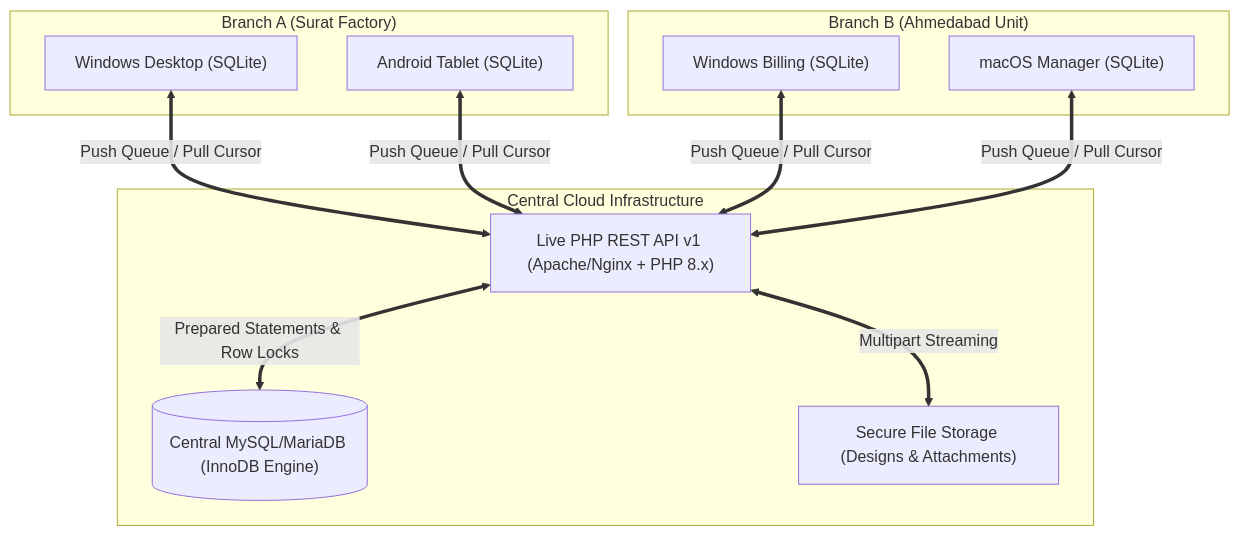
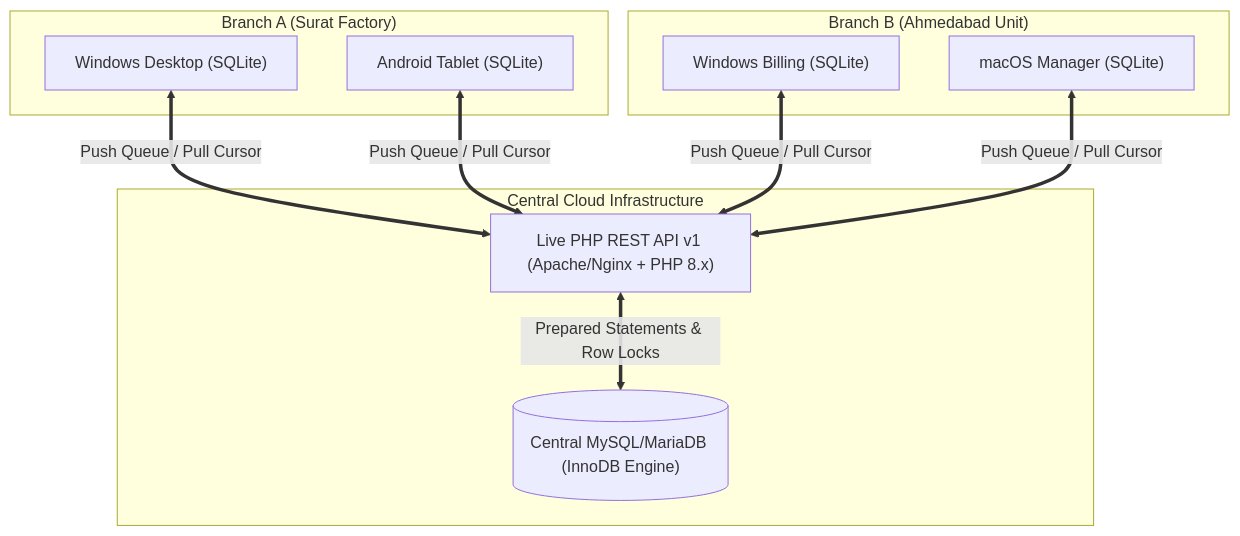
Before and after one commit to MrManavRamani-Flutter/om_khatabook: the second of 4 diagrams in MULTI_BRANCH_OFFLINE_SYNC_ARCHITECTURE_PLAN.md, drawn with Mermaid. The commit also changed other lines of this file, not shown here.

Commit message:
docs: remove heavy design file attachments from sync scope to eliminate storage bloat risk

````diff
--- a/MULTI_BRANCH_OFFLINE_SYNC_ARCHITECTURE_PLAN.md
+++ b/MULTI_BRANCH_OFFLINE_SYNC_ARCHITECTURE_PLAN.md
@@ -91,25 +91,23 @@
 ```mermaid
 graph TD
     subgraph "Branch A (Surat Factory)"
         WA["Windows Desktop (SQLite)"]
         AA["Android Tablet (SQLite)"]
     end
 
     subgraph "Branch B (Ahmedabad Unit)"
         WB["Windows Billing (SQLite)"]
         MB["macOS Manager (SQLite)"]
     end
 
     subgraph "Central Cloud Infrastructure"
         API["Live PHP REST API v1 (Apache/Nginx + PHP 8.x)"]
         DB[("Central MySQL/MariaDB (InnoDB Engine)")]
-        STORAGE["Secure File Storage (Designs & Attachments)"]
     end
 
     WA <==>|Push Queue / Pull Cursor| API
     AA <==>|Push Queue / Pull Cursor| API
     WB <==>|Push Queue / Pull Cursor| API
     MB <==>|Push Queue / Pull Cursor| API
     API <==>|Prepared Statements & Row Locks| DB
-    API <==>|Multipart Streaming| STORAGE
 ```
````
